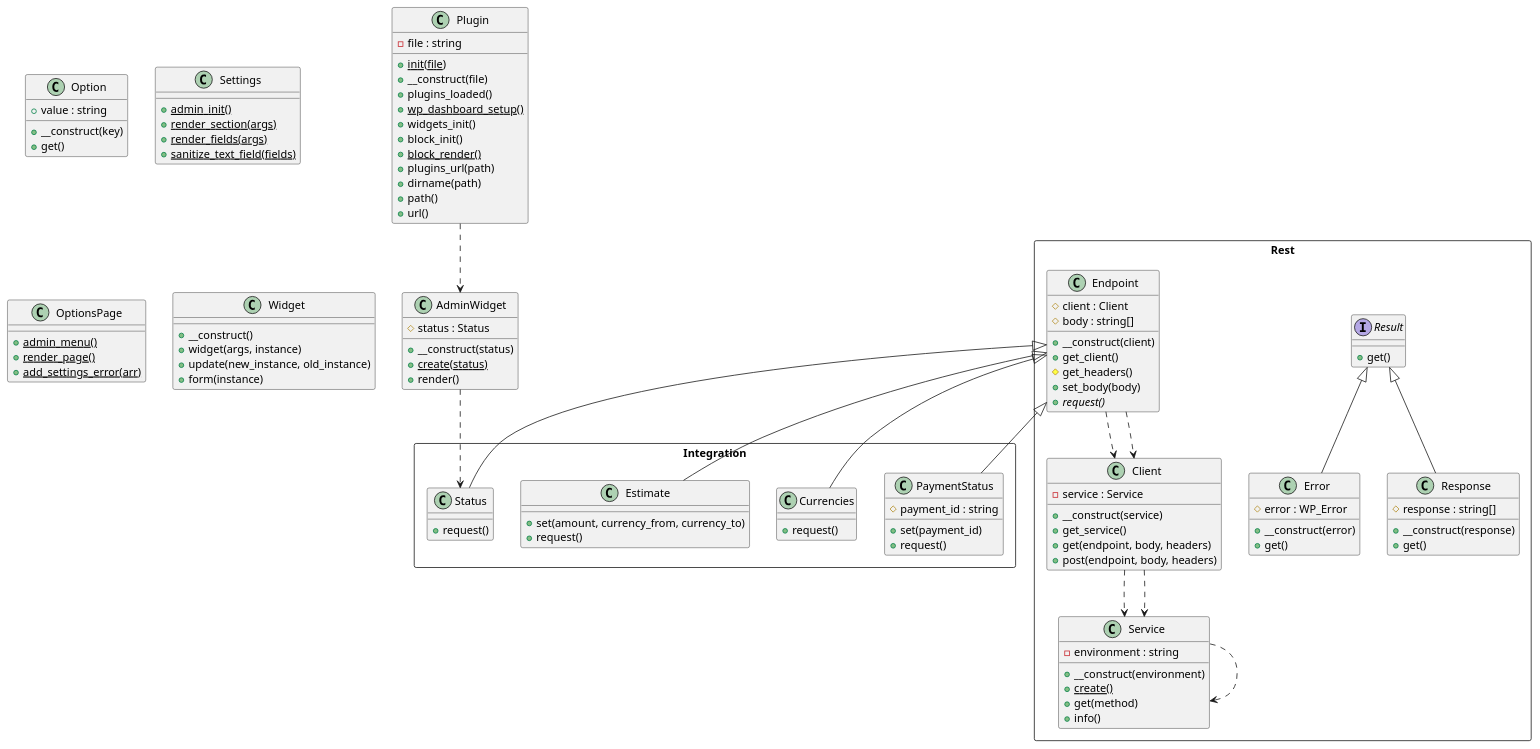
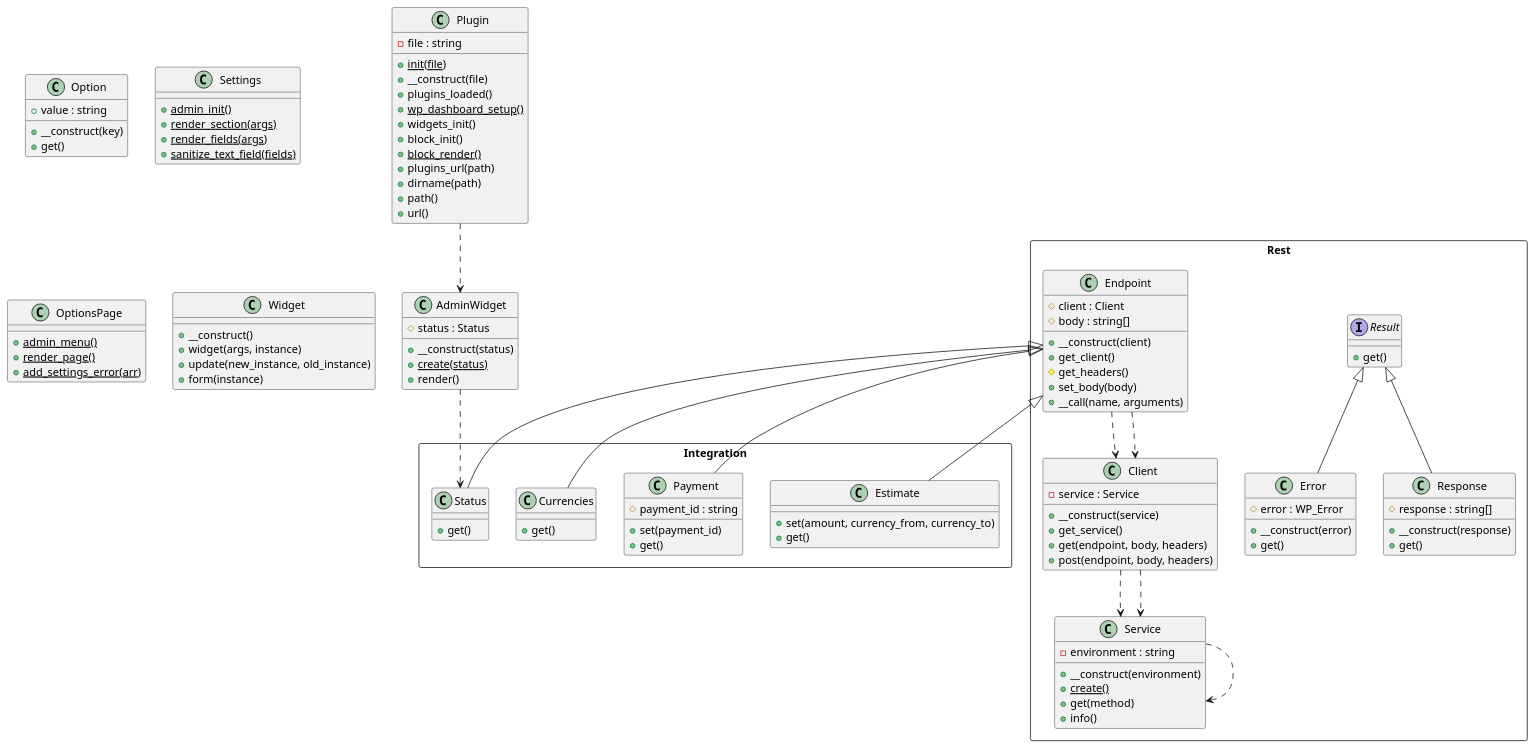
One commit to lloc/wp-nowpayments-integration changed the diagram in plantuml_gist.puml. Above: the diagram before and after it, drawn with PlantUML. The commit also changed 12 other files, not shown here.

Commit message:
Refactoring request in favour of get/post methods

```diff
--- a/plantuml_gist.puml
+++ b/plantuml_gist.puml
@@ -1,112 +1,112 @@
 @startuml class-diagram
   class Option {
     +value : string
     +__construct(key)
     +get()
   }
   class Settings {
     {static} +admin_init()
     {static} +render_section(args)
     {static} +render_fields(args)
     {static} +sanitize_text_field(fields)
   }
   class Plugin {
     -file : string
     {static} +init(file)
     +__construct(file)
     +plugins_loaded()
     {static} +wp_dashboard_setup()
     +widgets_init()
     +block_init()
     {static} +block_render()
     +plugins_url(path)
     +dirname(path)
     +path()
     +url()
   }
   class AdminWidget {
     #status : Status
     +__construct(status)
     {static} +create(status)
     +render()
   }
   class OptionsPage {
     {static} +admin_menu()
     {static} +render_page()
     {static} +add_settings_error(arr)
   }
   class Widget {
     +__construct()
     +widget(args, instance)
     +update(new_instance, old_instance)
     +form(instance)
   }
   package Integration as Integration <<Rectangle>> {
     class Integration.Status {
-      +request()
+      +get()
+    }
+    class Integration.Payment {
+      #payment_id : string
+      +set(payment_id)
+      +get()
     }
     class Integration.Currencies {
-      +request()
+      +get()
     }
     class Integration.Estimate {
       +set(amount, currency_from, currency_to)
-      +request()
-    }
-    class Integration.PaymentStatus {
-      #payment_id : string
-      +set(payment_id)
-      +request()
+      +get()
     }
   }
   package Rest as Rest <<Rectangle>> {
     interface Rest.Result {
       +get()
     }
     class Rest.Error {
       #error : WP_Error
       +__construct(error)
       +get()
     }
     class Rest.Service {
       -environment : string
       +__construct(environment)
       {static} +create()
       +get(method)
       +info()
     }
     class Rest.Client {
       -service : Service
       +__construct(service)
       +get_service()
       +get(endpoint, body, headers)
       +post(endpoint, body, headers)
     }
     class Rest.Response {
       #response : string[]
       +__construct(response)
       +get()
     }
     class Rest.Endpoint {
       #client : Client
       #body : string[]
       +__construct(client)
       +get_client()
       #get_headers()
       +set_body(body)
-      {abstract} +request()
+      +__call(name, arguments)
     }
   }
   AdminWidget ..> Integration.Status
   Plugin ..> AdminWidget
   Rest.Client ..> Rest.Service
   Rest.Client ..> Rest.Service
   Rest.Endpoint ..> Rest.Client
   Rest.Endpoint ..> Rest.Client
   Rest.Endpoint <|-- Integration.Currencies
   Rest.Endpoint <|-- Integration.Estimate
-  Rest.Endpoint <|-- Integration.PaymentStatus
+  Rest.Endpoint <|-- Integration.Payment
   Rest.Endpoint <|-- Integration.Status
   Rest.Result <|-- Rest.Error
   Rest.Result <|-- Rest.Response
   Rest.Service ..> Rest.Service
 @enduml
```
